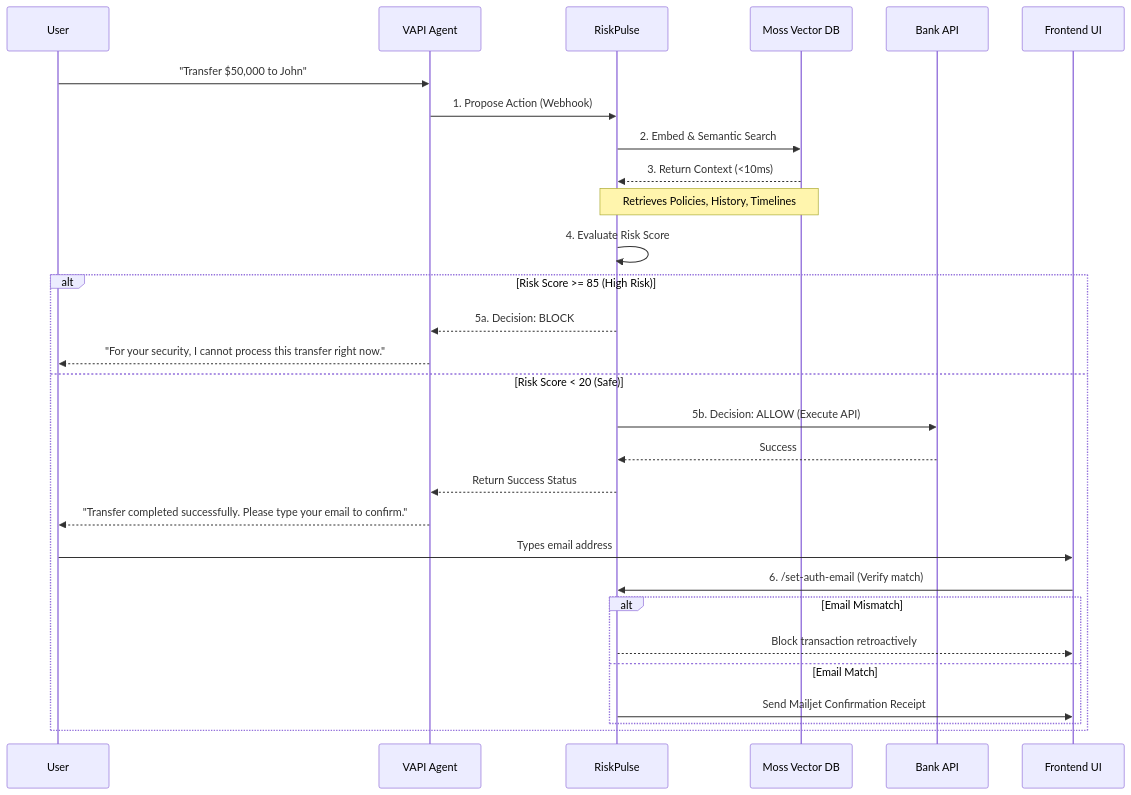
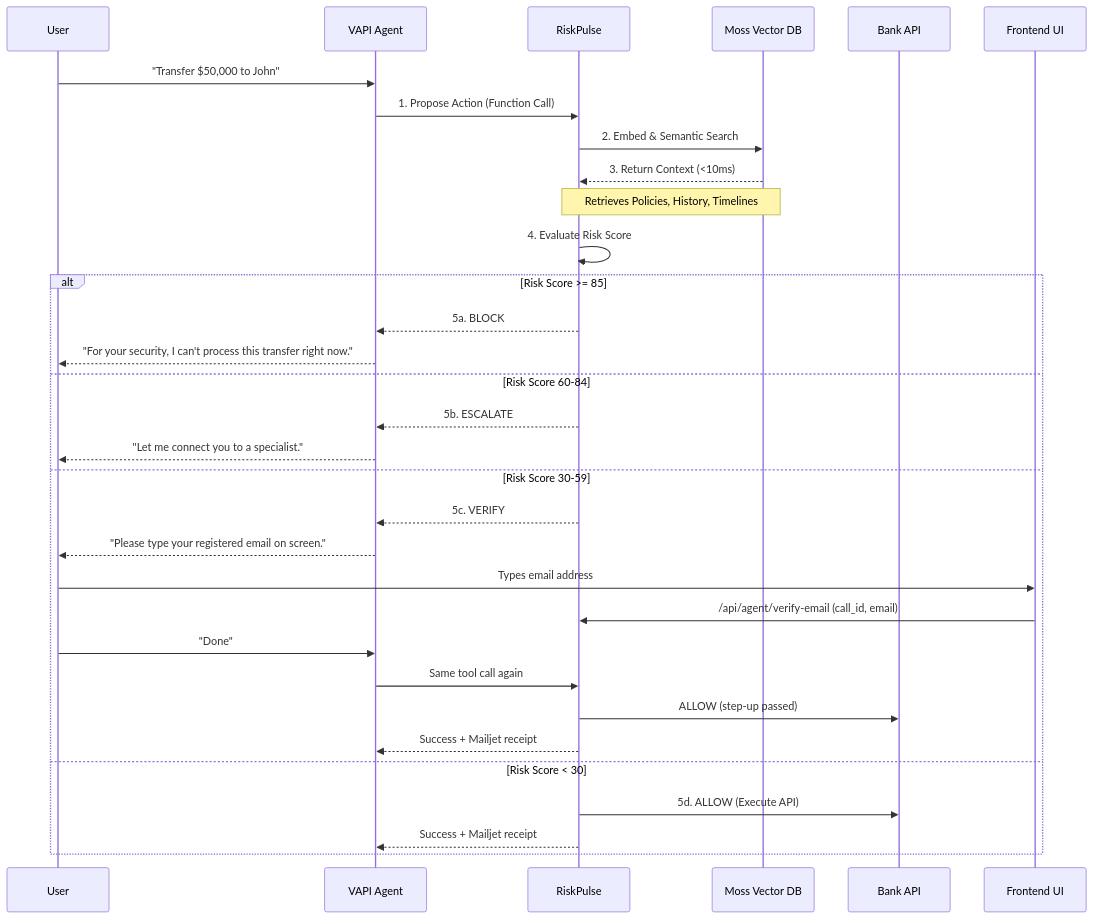
One commit to shantanushinde99/Risk-Pulse- changed the second of 4 diagrams in README.md. Above: the diagram before and after it, drawn with Mermaid. The commit also changed other lines of this file and 28 other files, not shown here.

````diff
--- a/README.md
+++ b/README.md
@@ -66,33 +66,36 @@
 ```mermaid
 sequenceDiagram
     participant U as User
     participant V as VAPI Agent
     participant RP as RiskPulse
     participant M as Moss Vector DB
     participant B as Bank API
     participant UI as Frontend UI
 
     U->>V: "Transfer $50,000 to John"
-    V->>RP: 1. Propose Action (Webhook)
+    V->>RP: 1. Propose Action (Function Call)
     RP->>M: 2. Embed & Semantic Search
     M-->>RP: 3. Return Context (<10ms)
     Note over RP,M: Retrieves Policies, History, Timelines
     RP->>RP: 4. Evaluate Risk Score
 
-    alt Risk Score >= 85 (High Risk)
-        RP-->>V: 5a. Decision: BLOCK
-        V-->>U: "For your security, I cannot process this transfer right now."
-    else Risk Score < 20 (Safe)
-        RP->>B: 5b. Decision: ALLOW (Execute API)
-        B-->>RP: Success
-        RP-->>V: Return Success Status
-        V-->>U: "Transfer completed successfully. Please type your email to confirm."
+    alt Risk Score >= 85
+        RP-->>V: 5a. BLOCK
+        V-->>U: "For your security, I can't process this transfer right now."
+    else Risk Score 60-84
+        RP-->>V: 5b. ESCALATE
+        V-->>U: "Let me connect you to a specialist."
+    else Risk Score 30-59
+        RP-->>V: 5c. VERIFY
+        V-->>U: "Please type your registered email on screen."
         U->>UI: Types email address
-        UI->>RP: 6. /set-auth-email (Verify match)
-        alt Email Mismatch
-            RP-->>UI: Block transaction retroactively
-        else Email Match
-            RP->>UI: Send Mailjet Confirmation Receipt
-        end
+        UI->>RP: /api/agent/verify-email (call_id, email)
+        U->>V: "Done"
+        V->>RP: Same tool call again
+        RP->>B: ALLOW (step-up passed)
+        RP-->>V: Success + Mailjet receipt
+    else Risk Score < 30
+        RP->>B: 5d. ALLOW (Execute API)
+        RP-->>V: Success + Mailjet receipt
     end
 ```
````
